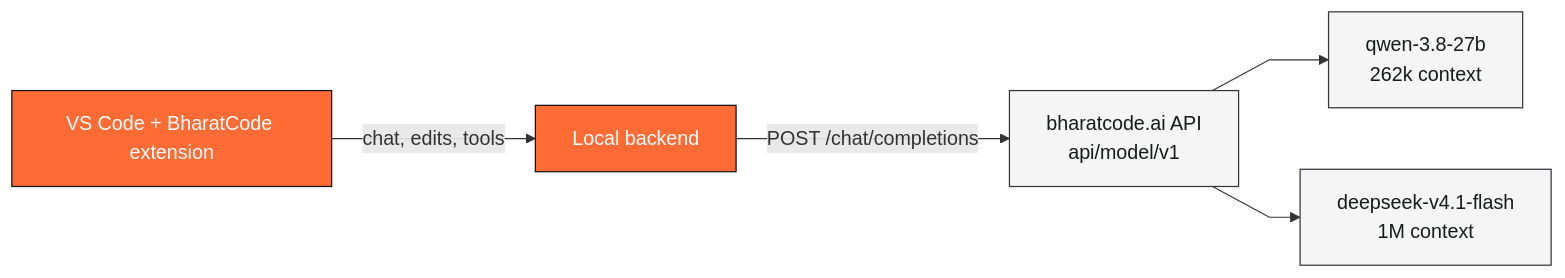
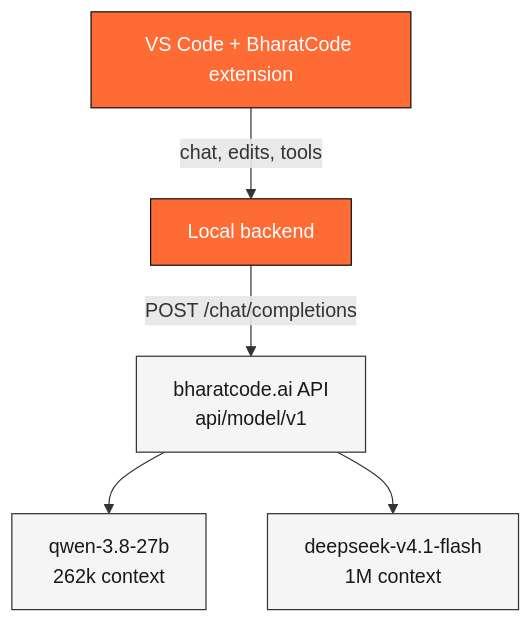
Before and after one commit to thenabbu/BharatCode-VSCode-Extension: the diagram in README.md, drawn with Mermaid. The commit also changed other lines of this file and 1 other file, not shown here.

Commit message:
docs: theme-adaptive README hero and diagram
- swap hero to assets/bharatcode-mark.svg (orange mark on transparent,
  added to packages/kilo-vscode/assets/icons/) - the PNG had a beige
  tile that boxed in dark mode
- mermaid: drop %%{init}%% line (it pinned light canvas in GitHub dark
  mode) and switch LR -> TB so GitHub's zoom controls no longer overlap
  the last node; Kroki 200 + vision-checked

````diff
--- a/README.md
+++ b/README.md
@@ -19,12 +19,11 @@
 ```mermaid
-%%{init: {"flowchart": {"curve": "linear"}}}%%
-flowchart LR
+flowchart TB
     VSCode["VS Code + BharatCode extension"] -->|"chat, edits, tools"| Backend["Local backend"]
     Backend -->|"POST /chat/completions"| API["bharatcode.ai API<br/>api/model/v1"]
     API --> Qwen["qwen-3.8-27b<br/>262k context"]
     API --> DeepSeek["deepseek-v4.1-flash<br/>1M context"]
     classDef brand fill:#ff6b35,stroke:#111113,color:#ffffff
     classDef neutral fill:#f5f5f6,stroke:#343438,color:#171b18
     class VSCode,Backend brand
     class API,Qwen,DeepSeek neutral
 ```
````
